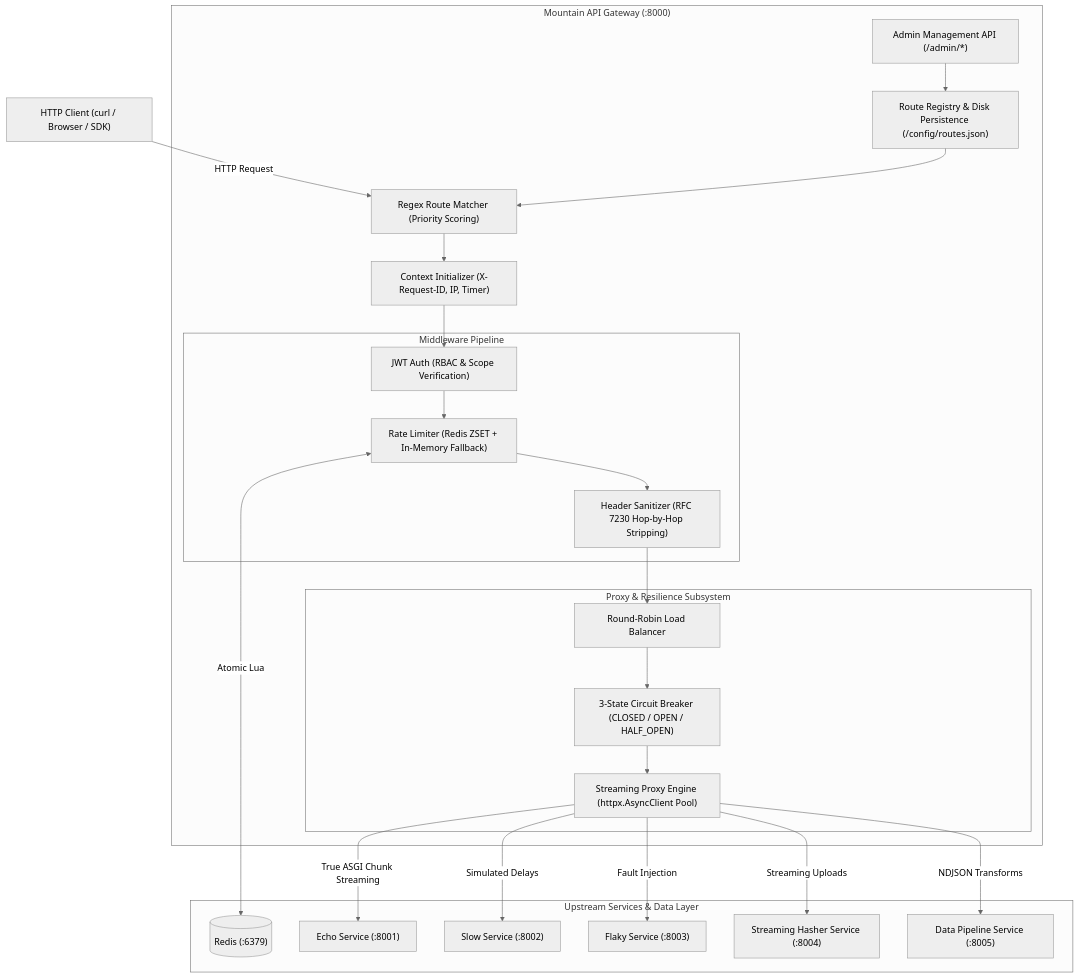
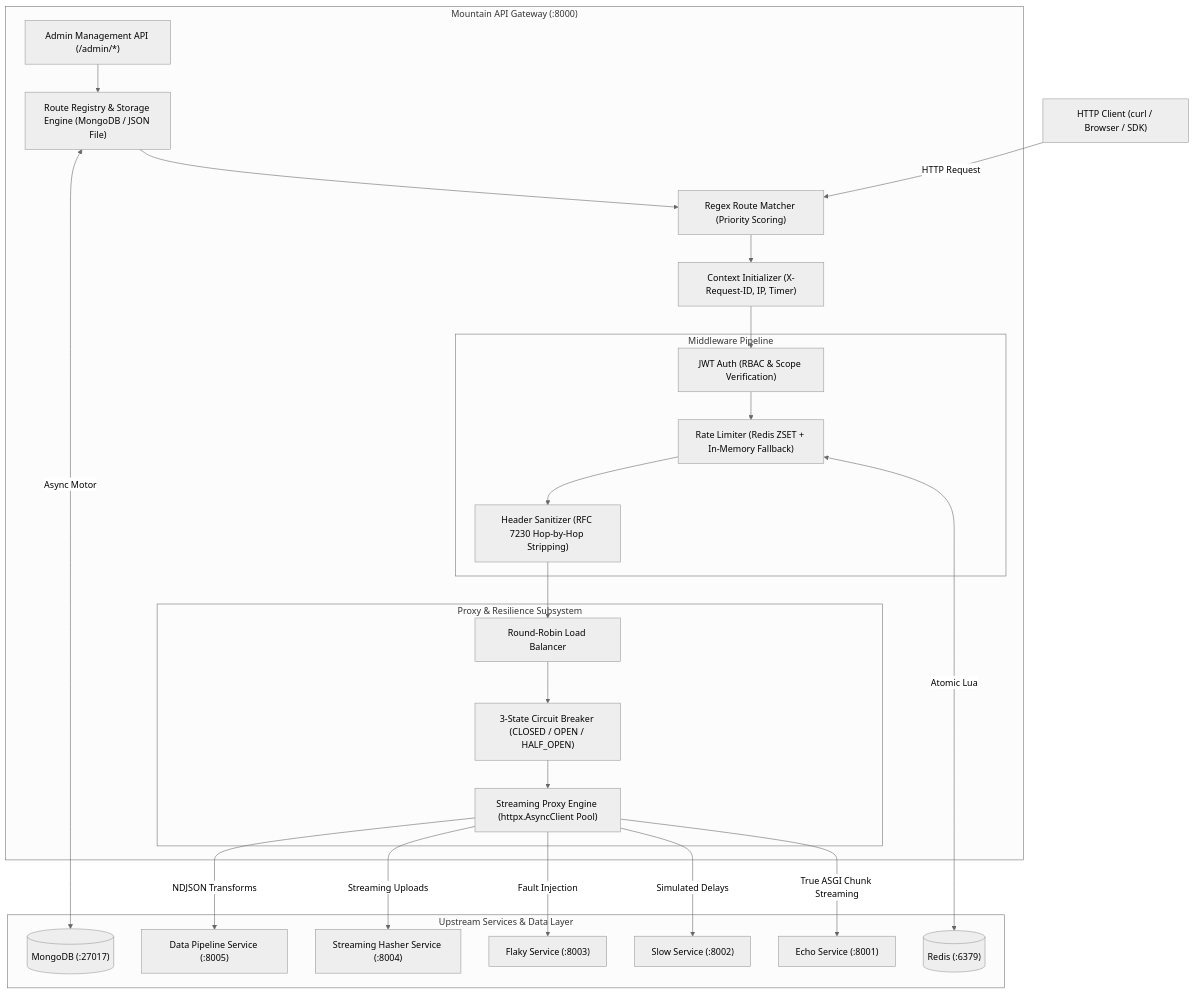
The diagram in README.md (yayatab/mountain_api_gateway), drawn with Mermaid (neutral theme) before and after one commit. The commit also changed other lines of this file and 23 other files, not shown here.

First line of the commit message:
feat: add MongoDB route storage, hot-reloading lifecycle, and configurable middleware chains

````diff
--- a/README.md
+++ b/README.md
@@ -16,51 +16,53 @@
 ```mermaid
 flowchart TD
     Client["HTTP Client (curl / Browser / SDK)"]
     
     subgraph Gateway ["Mountain API Gateway (:8000)"]
         Router["Regex Route Matcher (Priority Scoring)"]
         Context["Context Initializer (X-Request-ID, IP, Timer)"]
         
         subgraph Pipeline ["Middleware Pipeline"]
             Auth["JWT Auth (RBAC & Scope Verification)"]
             RateLimit["Rate Limiter (Redis ZSET + In-Memory Fallback)"]
             Transform["Header Sanitizer (RFC 7230 Hop-by-Hop Stripping)"]
         end
         
         subgraph Proxy ["Proxy & Resilience Subsystem"]
             LB["Round-Robin Load Balancer"]
             CB["3-State Circuit Breaker (CLOSED / OPEN / HALF_OPEN)"]
             Engine["Streaming Proxy Engine (httpx.AsyncClient Pool)"]
         end
         
         Admin["Admin Management API (/admin/*)"]
-        Registry["Route Registry & Disk Persistence (/config/routes.json)"]
+        Registry["Route Registry & Storage Engine (MongoDB / JSON File)"]
     end
     
     subgraph Backends ["Upstream Services & Data Layer"]
         Redis[("Redis (:6379)")]
+        MongoDB[("MongoDB (:27017)")]
         Echo["Echo Service (:8001)"]
         Slow["Slow Service (:8002)"]
         Flaky["Flaky Service (:8003)"]
         Hasher["Streaming Hasher Service (:8004)"]
         PipelineSvc["Data Pipeline Service (:8005)"]
     end
     
     Client -->|HTTP Request| Router
     Router --> Context
     Context --> Auth
     Auth --> RateLimit
     RateLimit <-->|Atomic Lua| Redis
     RateLimit --> Transform
     Transform --> LB
     LB --> CB
     CB --> Engine
     Engine -->|True ASGI Chunk Streaming| Echo
     Engine -->|Simulated Delays| Slow
     Engine -->|Fault Injection| Flaky
     Engine -->|Streaming Uploads| Hasher
     Engine -->|NDJSON Transforms| PipelineSvc
     
     Admin --> Registry
     Registry --> Router
+    Registry <-->|Async Motor| MongoDB
 ```
````
